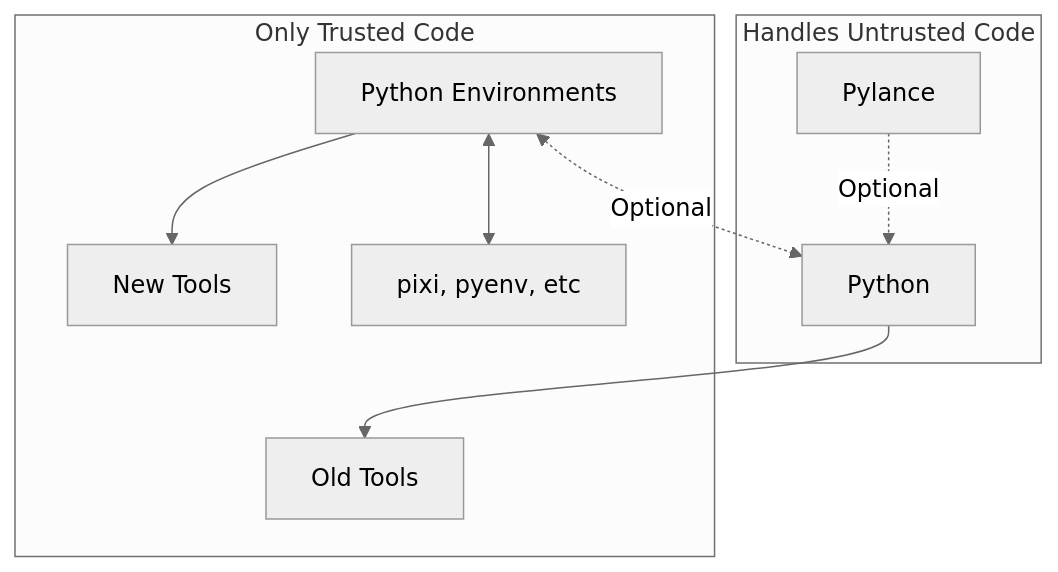
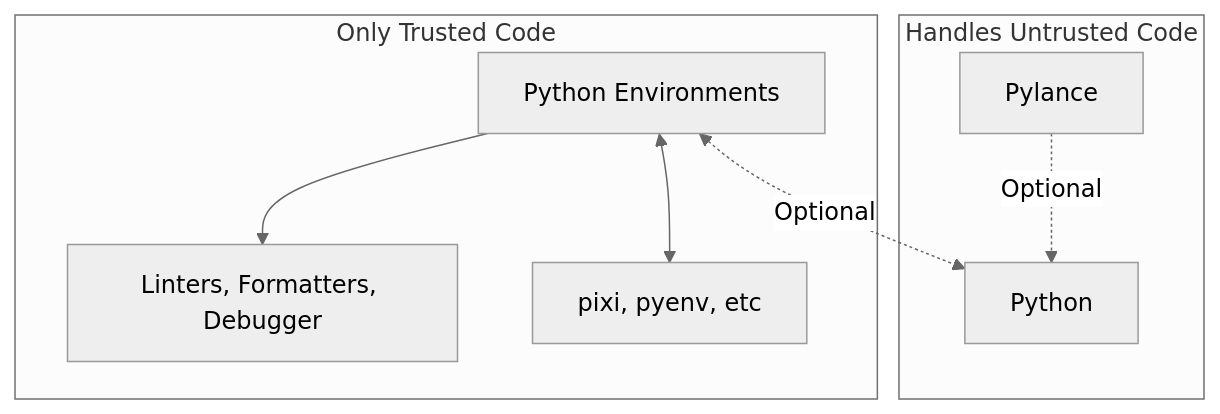
The second of 2 diagrams in README.md (microsoft/vscode-python-environments), drawn with Mermaid (neutral theme) before and after one commit. The commit also changed other lines of this file, not shown here.

Commit message:
Tweak diagram

````diff
--- a/README.md
+++ b/README.md
@@ -87,18 +85,16 @@
 ```mermaid
 graph TD
 
     subgraph Handles Untrusted Code
     B[Python]
     E[Pylance] -. Optional .-> B
     end
 
     subgraph Only Trusted Code
-    F[Old Tools]
     A[Python Environments] <-. Optional .-> B
-    C[New Tools]
-    B --> F
+    C["Linters, Formatters, Debugger"]
     A --> C
     A <--> P
     P["pixi, pyenv, etc"]
     end
 ```
````
